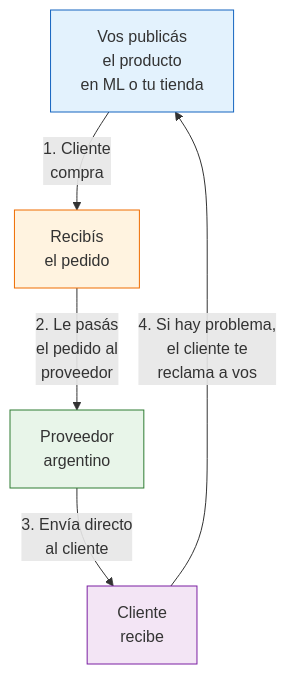
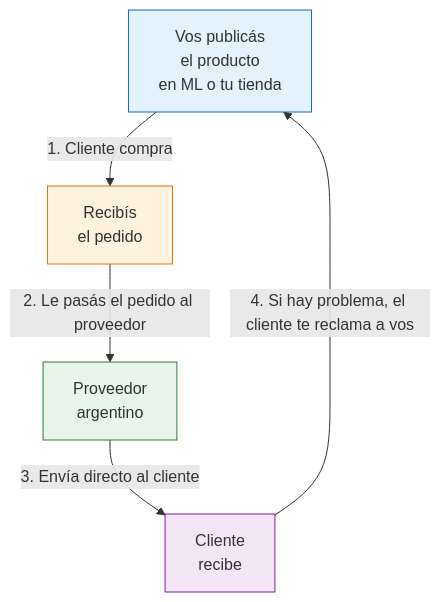
Before and after one commit to barrosignacioezequiel-coder/docs: the diagram in app/paso1-argentina/empezar-de-cero/dropshipping-local.mdx, drawn with Mermaid. The commit also changed 10 other files, not shown here.

First line of the commit message:
fix: remove <br/> from Mermaid edge labels causing list errors

````diff
--- a/app/paso1-argentina/empezar-de-cero/dropshipping-local.mdx
+++ b/app/paso1-argentina/empezar-de-cero/dropshipping-local.mdx
@@ -15,12 +15,12 @@
 ```mermaid
 graph TD
-    A["Vos publicás<br/>el producto<br/>en ML o tu tienda"] -->|"1. Cliente<br/>compra"| B["Recibís<br/>el pedido"]
-    B -->|"2. Le pasás<br/>el pedido al<br/>proveedor"| C["Proveedor<br/>argentino"]
-    C -->|"3. Envía directo<br/>al cliente"| D["Cliente<br/>recibe"]
-    D -->|"4. Si hay problema,<br/>el cliente te<br/>reclama a vos"| A
+    A["Vos publicás<br/>el producto<br/>en ML o tu tienda"] -->|"1. Cliente compra"| B["Recibís<br/>el pedido"]
+    B -->|"2. Le pasás el pedido al proveedor"| C["Proveedor<br/>argentino"]
+    C -->|"3. Envía directo al cliente"| D["Cliente<br/>recibe"]
+    D -->|"4. Si hay problema, el cliente te reclama a vos"| A
 
     style A fill:#e3f2fd,stroke:#1565c0
     style B fill:#fff3e0,stroke:#ef6c00
     style C fill:#e8f5e9,stroke:#2e7d32
     style D fill:#f3e5f5,stroke:#7b1fa2
 ```
````
